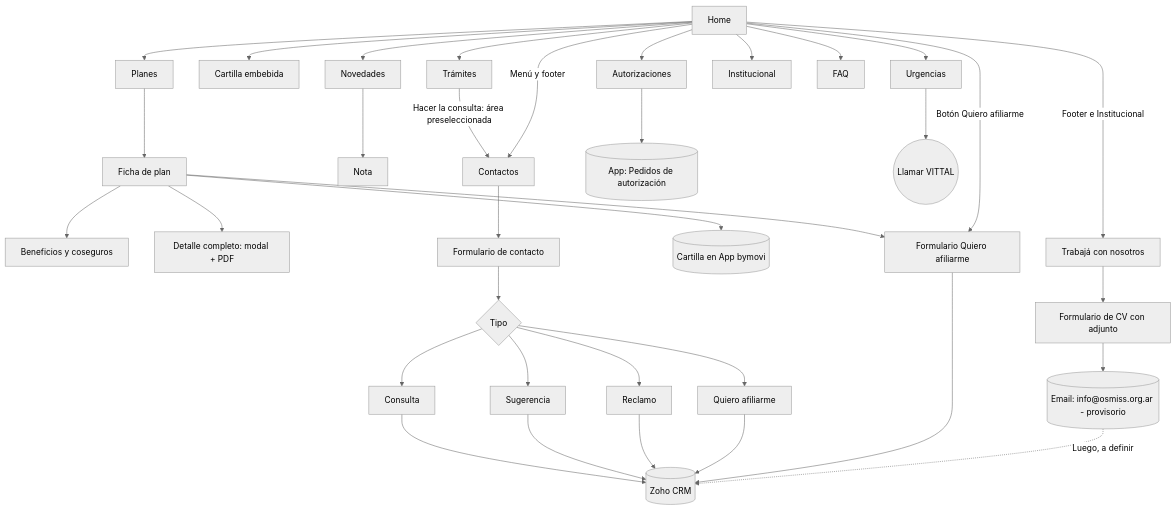
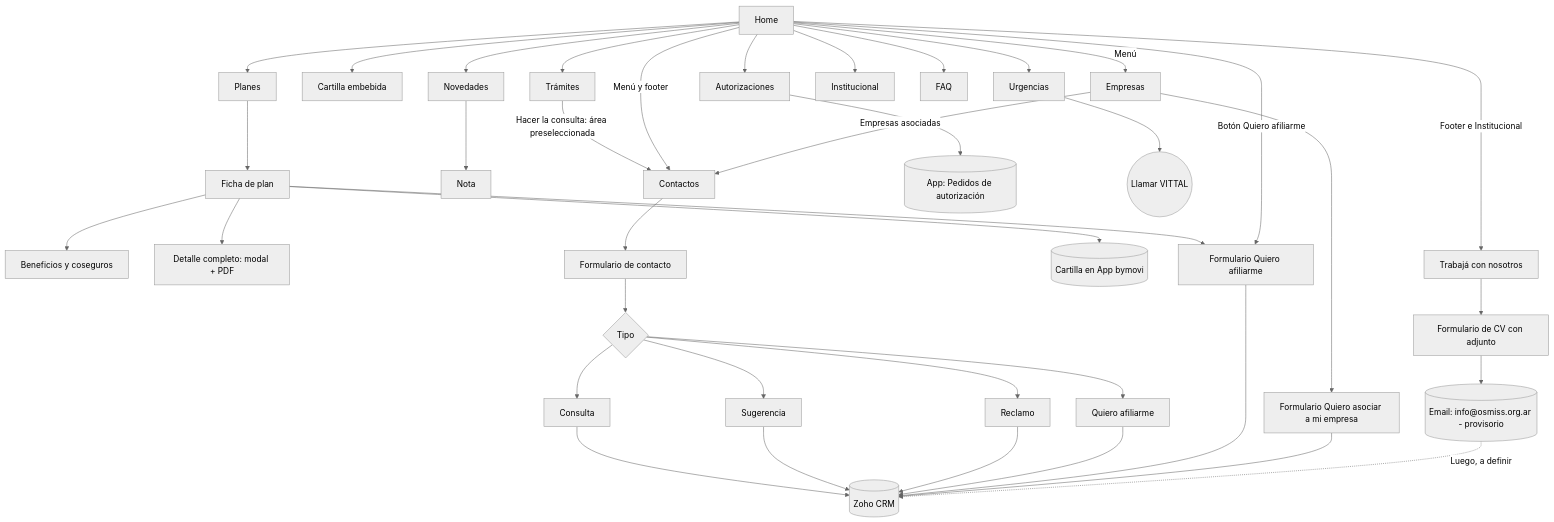
The diagram in MAPA-DEL-SITIO.md (eneue2020/web), drawn with Mermaid (neutral theme) before and after one commit. The commit also changed other lines of this file and 6 other files, not shown here.

First line of the commit message:
Empresas: menú y página "Quiero asociar a mi empresa"

````diff
--- a/MAPA-DEL-SITIO.md
+++ b/MAPA-DEL-SITIO.md
@@ -59,33 +60,37 @@
 ```mermaid
 flowchart TD
     H[Home] --> P[Planes]
     P --> P1[Ficha de plan]
     P1 --> B[Beneficios y coseguros]
     P1 --> D[Detalle completo: modal + PDF]
     P1 --> A[Formulario Quiero afiliarme]
     P1 --> C[(Cartilla en App bymovi)]
     H --> CA[Cartilla embebida]
     H --> N[Novedades] --> N1[Nota]
     H --> T[Trámites] -->|Hacer la consulta: área preseleccionada| CO
     H --> AU[Autorizaciones] --> APP[(App: Pedidos de autorización)]
     H --> U[Urgencias] --> TEL((Llamar VITTAL))
     H --> I[Institucional]
     H --> F[FAQ]
     H -->|Menú y footer| CO[Contactos]
     H -->|Botón Quiero afiliarme| A
     CO --> FC[Formulario de contacto]
     FC --> TIPO{Tipo}
     TIPO --> T1[Consulta]
     TIPO --> T2[Sugerencia]
     TIPO --> T3[Reclamo]
     TIPO --> T4[Quiero afiliarme]
     T1 --> Z[(Zoho CRM)]
     T2 --> Z
     T3 --> Z
     T4 --> Z
     A --> Z
     H -->|Footer e Institucional| TR[Trabajá con nosotros]
     TR --> CV[Formulario de CV con adjunto]
     CV --> RH[(Email: info@osmiss.org.ar - provisorio)]
+    H -->|Menú| EM[Empresas]
+    EM --> FE[Formulario Quiero asociar a mi empresa]
+    FE --> Z
+    EM -->|Empresas asociadas| CO
     RH -.->|Luego, a definir| Z
 ```
````
